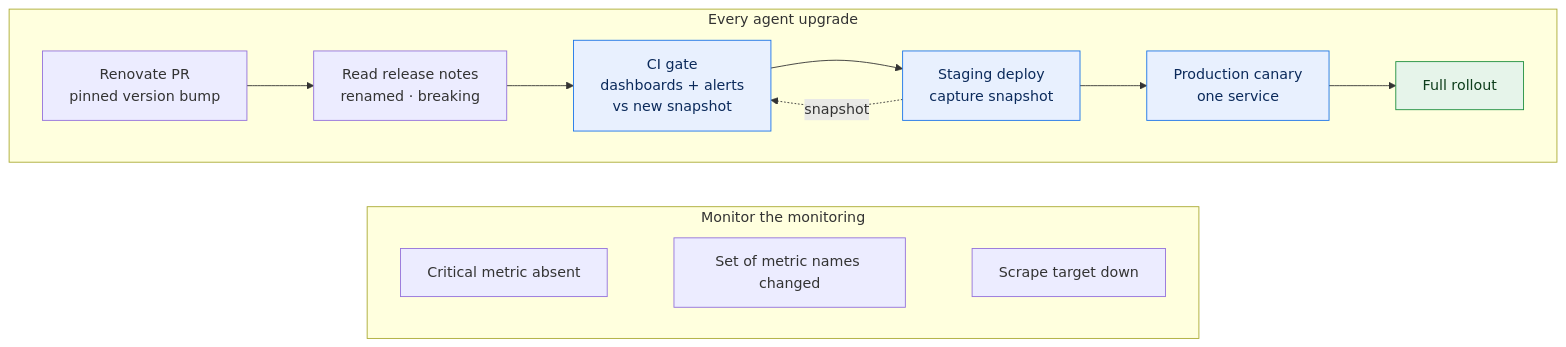
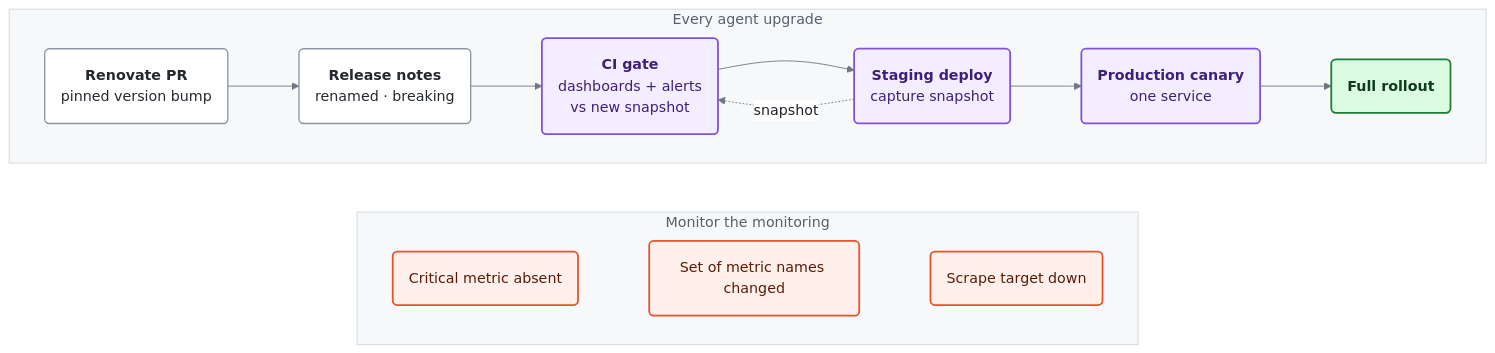
Before and after one commit to imenbkr/demo-otel-jvm-schema-drift: the diagram in docs/diagrams/sre-prevention.mmd, drawn with Mermaid. The commit also changed 21 other files, not shown here.

Commit message:
Add deploy markers, restyle diagrams, refresh dashboard screenshots

```diff
--- a/docs/diagrams/sre-prevention.mmd
+++ b/docs/diagrams/sre-prevention.mmd
@@ -1,23 +1,30 @@
+%%{init: {"theme": "base", "themeVariables": {"fontFamily": "Arial, Helvetica, sans-serif", "fontSize": "16px", "primaryColor": "#ffffff", "primaryBorderColor": "#8c959f", "primaryTextColor": "#1f2328", "lineColor": "#6e7781", "clusterBkg": "#f6f8fa", "clusterBorder": "#d0d7de", "edgeLabelBackground": "#ffffff", "titleColor": "#57606a"}, "flowchart": {"curve": "basis", "nodeSpacing": 45, "rankSpacing": 55, "padding": 18}}}%%
 flowchart TB
   subgraph ship["Every agent upgrade"]
     direction LR
-    pr["Renovate PR<br/>pinned version bump"]
-    notes["Read release notes<br/>renamed · breaking"]
-    ci["CI gate<br/>dashboards + alerts<br/>vs new snapshot"]:::gate
-    stg["Staging deploy<br/>capture snapshot"]:::gate
-    canary["Production canary<br/>one service"]:::gate
-    all["Full rollout"]:::ok
+    pr("<b>Renovate PR</b><br/>pinned version bump"):::infra
+    notes("<b>Release notes</b><br/>renamed · breaking"):::infra
+    ci("<b>CI gate</b><br/>dashboards + alerts<br/>vs new snapshot"):::gate
+    stg("<b>Staging deploy</b><br/>capture snapshot"):::gate
+    canary("<b>Production canary</b><br/>one service"):::gate
+    all("<b>Full rollout</b>"):::ok
     pr --> notes --> ci --> stg --> canary --> all
     stg -.->|snapshot| ci
   end
   subgraph mon["Monitor the monitoring"]
     direction LR
-    m1["Critical metric absent"]
-    m2["Set of metric names changed"]
-    m3["Scrape target down"]
+    m1("Critical metric absent"):::prom
+    m2("Set of metric names changed"):::prom
+    m3("Scrape target down"):::prom
     m1 ~~~ m2 ~~~ m3
   end
   ship ~~~ mon
 
-  classDef gate fill:#e8f0fe,stroke:#1a73e8,color:#0b2a5b
-  classDef ok fill:#e6f4ea,stroke:#1e8e3e,color:#0d3d1b
+  classDef jvm fill:#eaf2ff,stroke:#2f6feb,stroke-width:2px,color:#0a3069
+  classDef prom fill:#fff0eb,stroke:#e6522c,stroke-width:2px,color:#5c1a06
+  classDef graf fill:#fff4e5,stroke:#f46800,stroke-width:2px,color:#5c2a00
+  classDef infra fill:#ffffff,stroke:#8c959f,stroke-width:1.5px,color:#24292f
+  classDef gate fill:#f3eeff,stroke:#8250df,stroke-width:2px,color:#3e1f79
+  classDef ok fill:#dafbe1,stroke:#1a7f37,stroke-width:2px,color:#0f3d1c
+  classDef bad fill:#ffebe9,stroke:#cf222e,stroke-width:2px,color:#6e1a1f
+  classDef warn fill:#fff8c5,stroke:#bf8700,stroke-width:2px,color:#4d2d00
```
